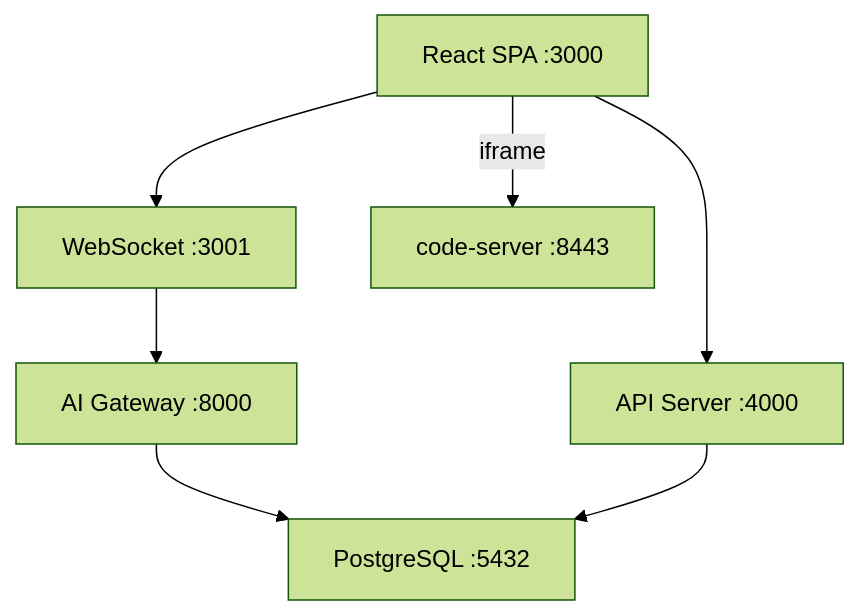
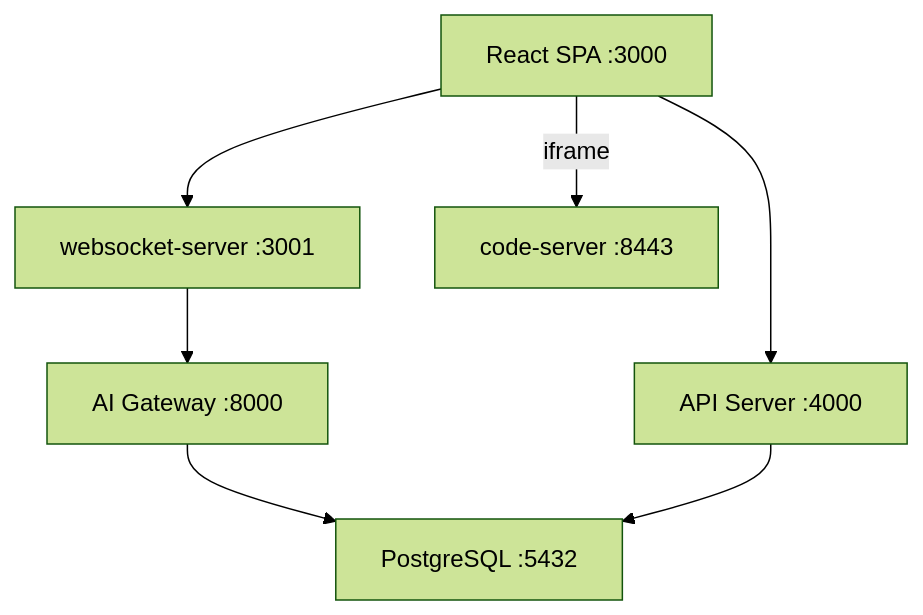
One commit to prisflow/sqlense changed the diagram in doc/intro.md. Above: the diagram before and after it, drawn with Mermaid (forest theme). The commit also changed other lines of this file and 6 other files, not shown here.

Commit message:
服务名 websocket → websocket-server + 文档同步（改名/聊天室）

````diff
--- a/doc/intro.md
+++ b/doc/intro.md
@@ -35,9 +35,9 @@
 ```mermaid
 graph TB
     SPA[React SPA :3000] --> API[API Server :4000]
-    SPA --> WS[WebSocket :3001]
+    SPA --> WS[websocket-server :3001]
     SPA -- iframe --> CS[code-server :8443]
     WS --> AI[AI Gateway :8000]
     AI --> PG[PostgreSQL :5432]
     API --> PG
 ```
````
